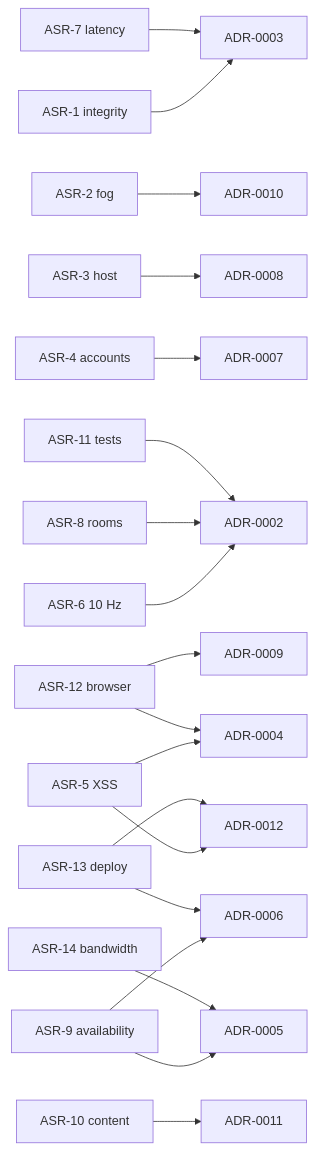
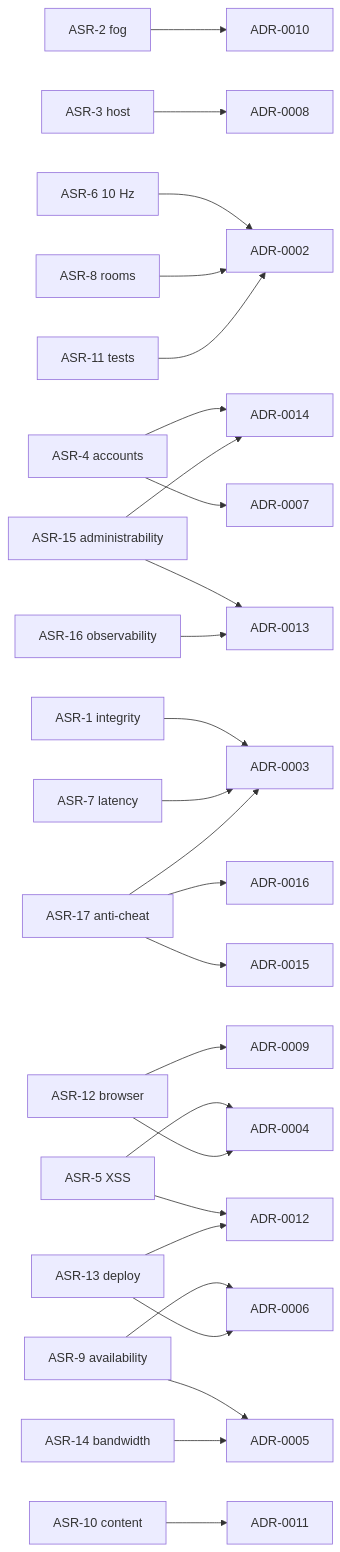
The diagram in docs/asr.md (rom/Lords_of_the_Lowlands), drawn with Mermaid before and after one commit. The commit also changed other lines of this file and 25 other files, not shown here.

First line of the commit message:
Graphics overhaul (materials, props, docks, ships, fish, minimap fog), docs for all new features; fix naval tech attack, Defend flag, editor map-type generate, metrics loopback behind proxy, AI scouts for a shore before building docks

````diff
--- a/docs/asr.md
+++ b/docs/asr.md
@@ -199,21 +248,28 @@
 ```mermaid
 flowchart LR
     ASR1[ASR-1 integrity] --> A3[ADR-0003]
     ASR2[ASR-2 fog] --> A10[ADR-0010]
     ASR3[ASR-3 host] --> A8[ADR-0008]
     ASR4[ASR-4 accounts] --> A7[ADR-0007]
     ASR5[ASR-5 XSS] --> A4[ADR-0004]
     ASR5 --> A12[ADR-0012]
     ASR6[ASR-6 10 Hz] --> A2[ADR-0002]
     ASR7[ASR-7 latency] --> A3
     ASR8[ASR-8 rooms] --> A2
     ASR9[ASR-9 availability] --> A5[ADR-0005]
     ASR9 --> A6[ADR-0006]
     ASR10[ASR-10 content] --> A11[ADR-0011]
     ASR11[ASR-11 tests] --> A2
     ASR12[ASR-12 browser] --> A4
     ASR12 --> A9[ADR-0009]
     ASR13[ASR-13 deploy] --> A6
     ASR13 --> A12
     ASR14[ASR-14 bandwidth] --> A5
+    ASR4 --> A14[ADR-0014]
+    ASR15[ASR-15 administrability] --> A13[ADR-0013]
+    ASR15 --> A14
+    ASR16[ASR-16 observability] --> A13
+    ASR17[ASR-17 anti-cheat] --> A15[ADR-0015]
+    ASR17 --> A16[ADR-0016]
+    ASR17 --> A3
 ```
````
